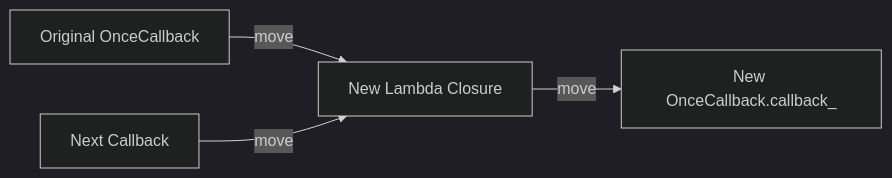
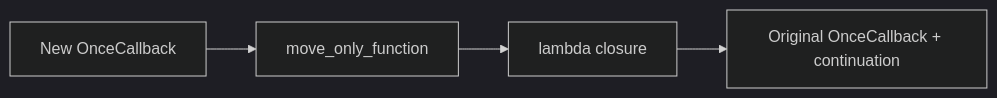
The diagram in documents/en/vol9-open-source-project-learn/chrome/01_once_callback/full/pre-03-once-callback-lambda-advanced.md (Awesome-Embedded-Learning-Studio/Tutorial_AwesomeModernCPP), drawn with Mermaid (dark theme) before and after one commit. The commit also changed other lines of this file and 142 other files, not shown here.

````diff
--- a/documents/en/vol9-open-source-project-learn/chrome/01_once_callback/full/pre-03-once-callback-lambda-advanced.md
+++ b/documents/en/vol9-open-source-project-learn/chrome/01_once_callback/full/pre-03-once-callback-lambda-advanced.md
@@ -140,6 +126,4 @@
 ```mermaid
 graph LR
-    A[Original OnceCallback] -- move --> B[New Lambda Closure]
-    C[Next Callback] -- move --> B
-    B -- move --> D[New OnceCallback.callback_]
+    A["New OnceCallback"] --> B["move_only_function"] --> C["lambda closure"] --> D["Original OnceCallback + continuation"]
 ```
````
